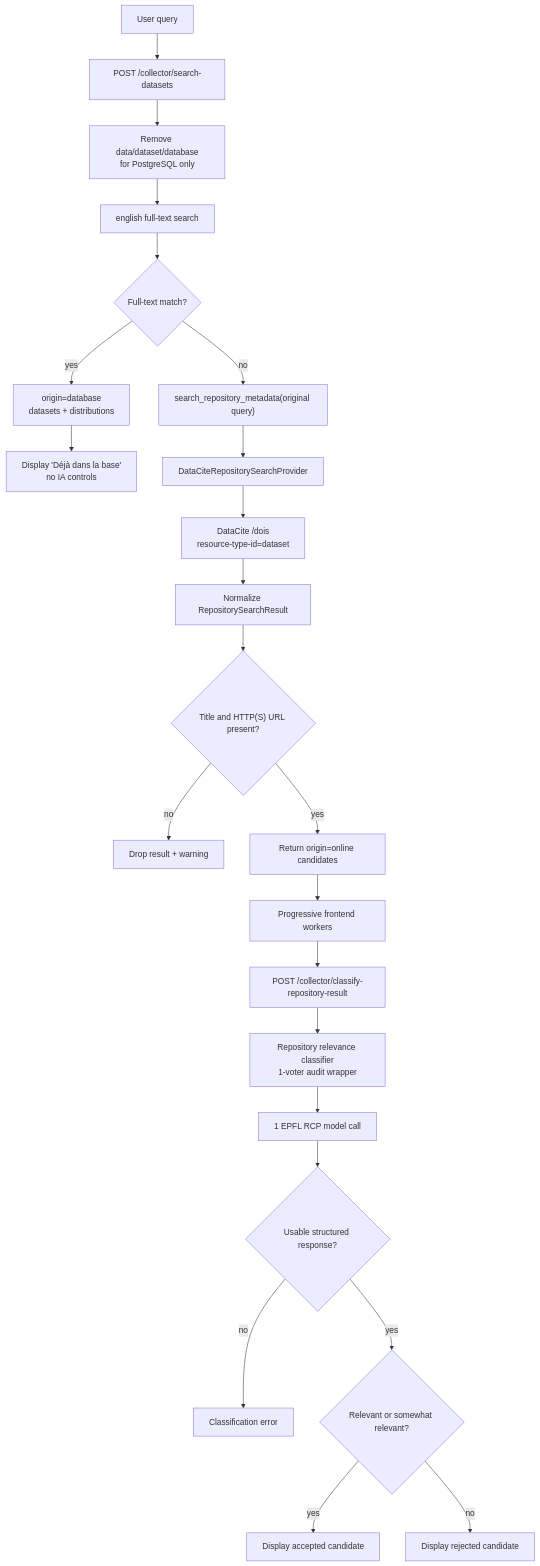
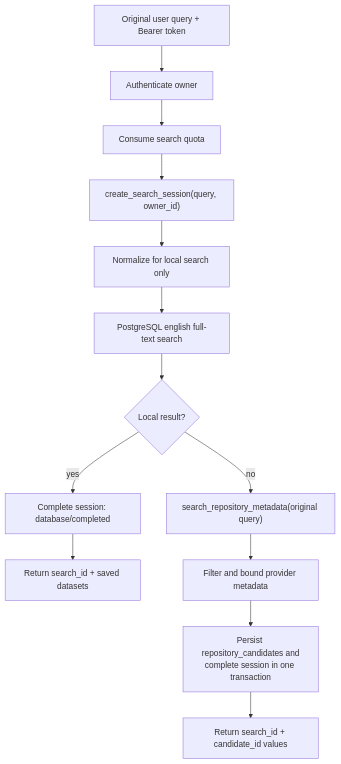
One commit to nicolasberlin/global-health-dataset-catalog changed the first of 4 diagrams in docs/collector-pipeline-diagram.md. Above: the diagram before and after it, drawn with Mermaid. The commit also changed other lines of this file and 37 other files, not shown here.

````diff
--- a/docs/collector-pipeline-diagram.md
+++ b/docs/collector-pipeline-diagram.md
@@ -34,25 +10,15 @@
 ```mermaid
 flowchart TD
-    Query["User query"] --> Route["POST /collector/search-datasets"]
-    Route --> LocalQuery["Remove data/dataset/database<br/>for PostgreSQL only"]
-    LocalQuery --> DBSearch["english full-text search"]
-    DBSearch --> Match{"Full-text match?"}
-    Match -->|yes| Local["origin=database<br/>datasets + distributions"]
-    Local --> LocalUI["Display 'Déjà dans la base'<br/>no IA controls"]
-    Match -->|no| Service["search_repository_metadata(original query)"]
-    Service --> DataCite["DataCiteRepositorySearchProvider"]
-    DataCite --> API["DataCite /dois<br/>resource-type-id=dataset"]
-    API --> Normalize["Normalize RepositorySearchResult"]
-    Normalize --> Filter{"Title and HTTP(S) URL present?"}
-    Filter -->|no| MetadataWarning["Drop result + warning"]
-    Filter -->|yes| Candidates["Return origin=online candidates"]
-    Candidates --> Workers["Progressive frontend workers"]
-    Workers --> ClassifyRoute["POST /collector/classify-repository-result"]
-    ClassifyRoute --> RepoClassifier["Repository relevance classifier<br/>1-voter audit wrapper"]
-    RepoClassifier --> Model["1 EPFL RCP model call"]
-    Model --> Usable{"Usable structured response?"}
-    Usable -->|no| Error["Classification error"]
-    Usable -->|yes| Decision{"Relevant or somewhat relevant?"}
-    Decision -->|yes| Accepted["Display accepted candidate"]
-    Decision -->|no| Rejected["Display rejected candidate"]
+    Query["Original user query + Bearer token"] --> Auth["Authenticate owner"]
+    Auth --> Quota["Consume search quota"]
+    Quota --> Session["create_search_session(query, owner_id)"]
+    Session --> Normalize["Normalize for local search only"]
+    Normalize --> Local["PostgreSQL english full-text search"]
+    Local --> Match{"Local result?"}
+    Match -->|yes| LocalDone["Complete session: database/completed"]
+    LocalDone --> LocalUI["Return search_id + saved datasets"]
+    Match -->|no| DataCite["search_repository_metadata(original query)"]
+    DataCite --> Bound["Filter and bound provider metadata"]
+    Bound --> Persist["Persist repository_candidates and<br/>complete session in one transaction"]
+    Persist --> OnlineUI["Return search_id + candidate_id values"]
 ```
````
